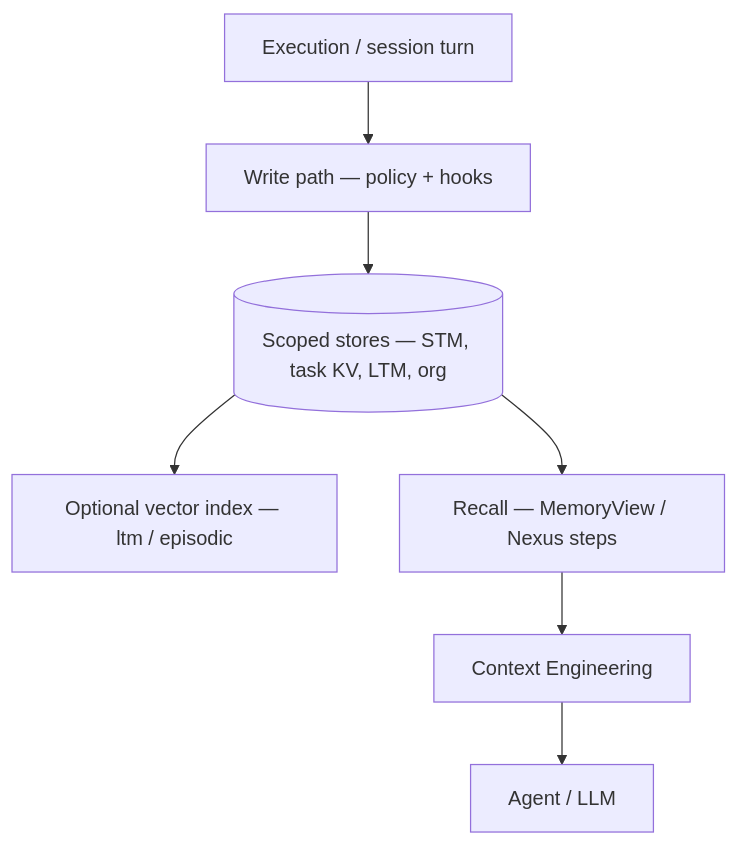
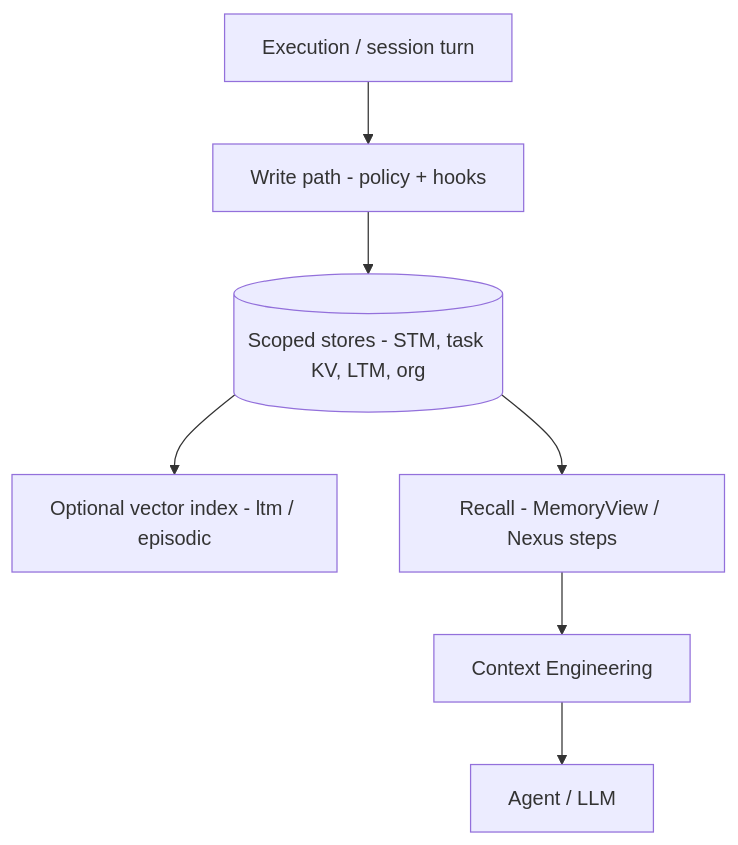
The first of 4 diagrams in docs/project/architecture/MEMORY.md (jakbuczarnecki/intergrax), drawn with Mermaid before and after one commit. The commit also changed other lines of this file and 863 other files, not shown here.

````diff
--- a/docs/project/architecture/MEMORY.md
+++ b/docs/project/architecture/MEMORY.md
@@ -72,16 +72,16 @@
 ```mermaid
 flowchart TB
     EX[Execution / session turn]
-    WP[Write path — policy + hooks]
-    ST[(Scoped stores — STM, task KV, LTM, org)]
-    IX[Optional vector index — ltm / episodic]
-    RC[Recall — MemoryView / Nexus steps]
+    WP[Write path - policy + hooks]
+    ST[(Scoped stores - STM, task KV, LTM, org)]
+    IX[Optional vector index - ltm / episodic]
+    RC[Recall - MemoryView / Nexus steps]
     CE[Context Engineering]
     LLM[Agent / LLM]
 
     EX --> WP --> ST
     ST --> IX
     ST --> RC
     RC --> CE
     CE --> LLM
 ```
````
